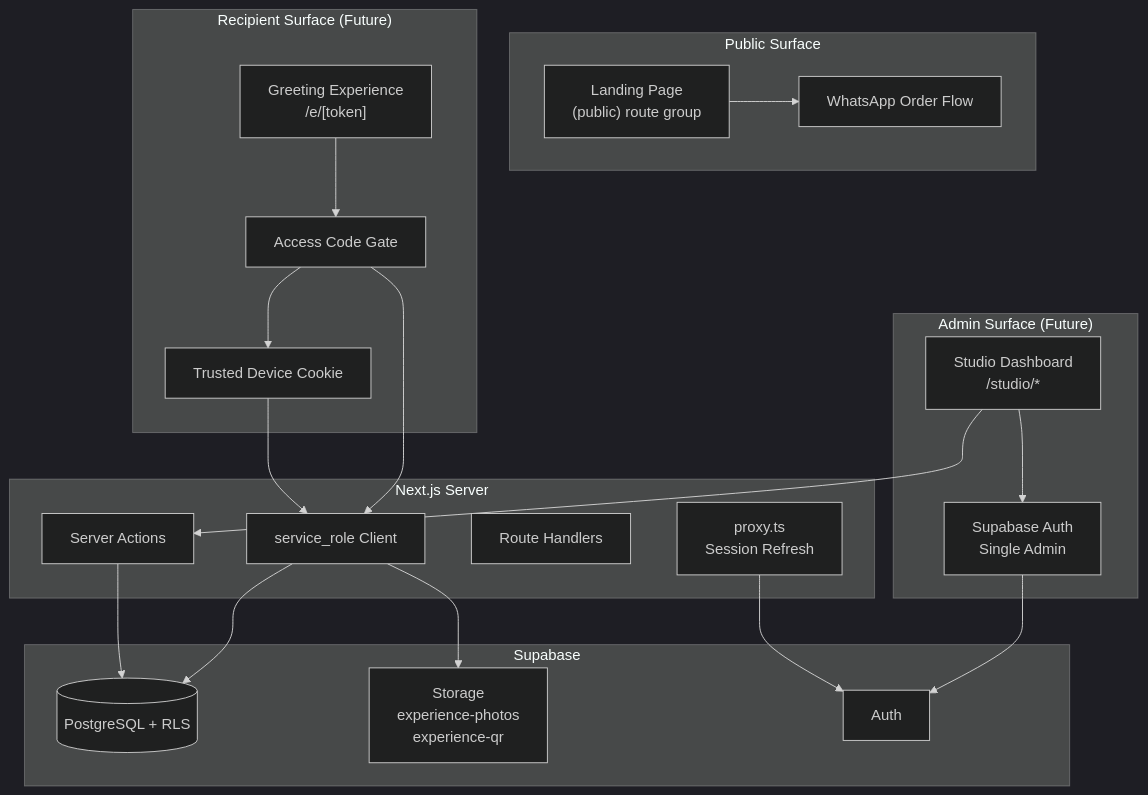
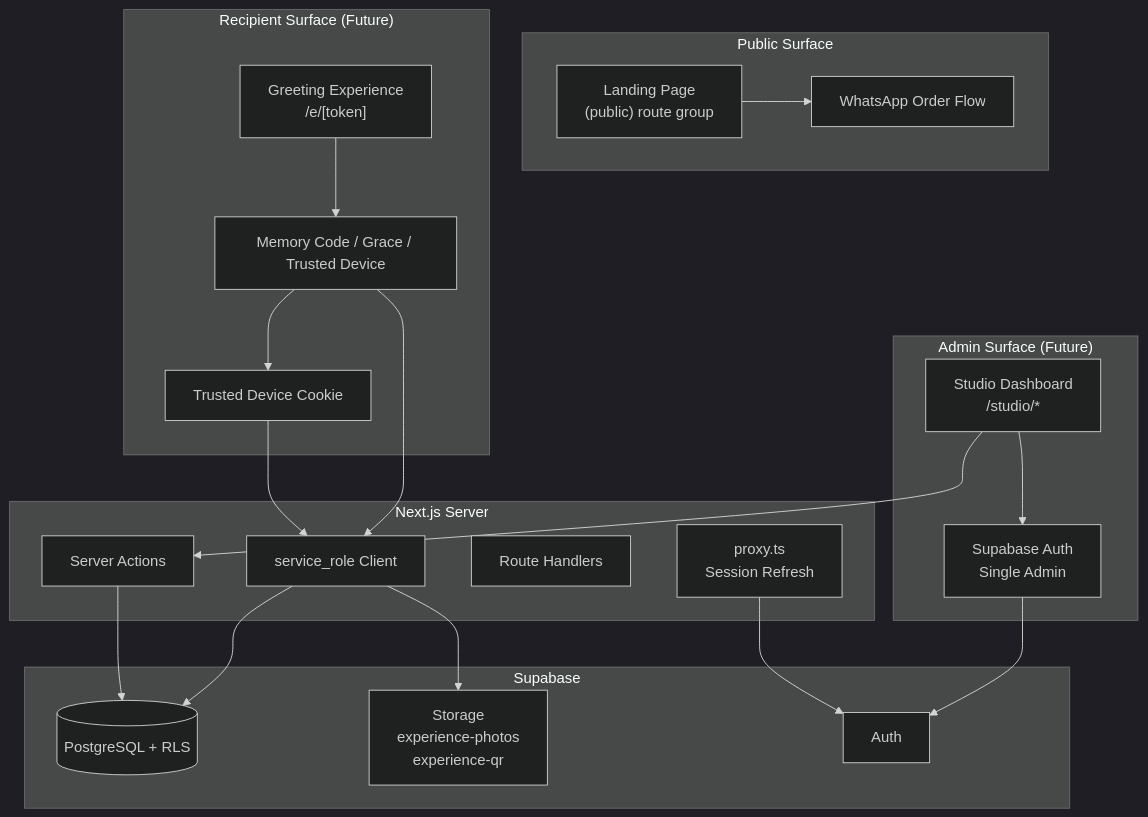
One commit to vinoslwly/celebrate-florist changed the diagram in docs/01_PROJECT_CONTEXT.md. Above: the diagram before and after it, drawn with Mermaid (dark theme). The commit also changed other lines of this file and 47 other files, not shown here.

````diff
--- a/docs/01_PROJECT_CONTEXT.md
+++ b/docs/01_PROJECT_CONTEXT.md
@@ -118,44 +118,44 @@
 ```mermaid
 flowchart TB
     subgraph Public["Public Surface"]
         LP["Landing Page<br/>(public) route group"]
         WA["WhatsApp Order Flow"]
     end
 
     subgraph Studio["Admin Surface (Future)"]
         SD["Studio Dashboard<br/>/studio/*"]
         AUTH["Supabase Auth<br/>Single Admin"]
     end
 
     subgraph Experience["Recipient Surface (Future)"]
         EXP["Greeting Experience<br/>/e/[token]"]
-        AC["Access Code Gate"]
+        AC["Memory Code / Grace / Trusted Device"]
         TD["Trusted Device Cookie"]
     end
 
     subgraph Server["Next.js Server"]
         PROXY["proxy.ts<br/>Session Refresh"]
         SA["Server Actions"]
         RH["Route Handlers"]
         SR["service_role Client"]
     end
 
     subgraph Supabase["Supabase"]
         DB[(PostgreSQL + RLS)]
         STG["Storage<br/>experience-photos<br/>experience-qr"]
         SBAUTH["Auth"]
     end
 
     LP --> WA
     SD --> AUTH
     AUTH --> SBAUTH
     EXP --> AC
     AC --> TD
     AC --> SR
     TD --> SR
     SR --> DB
     SR --> STG
     SD --> SA
     SA --> DB
     PROXY --> SBAUTH
 ```
````
